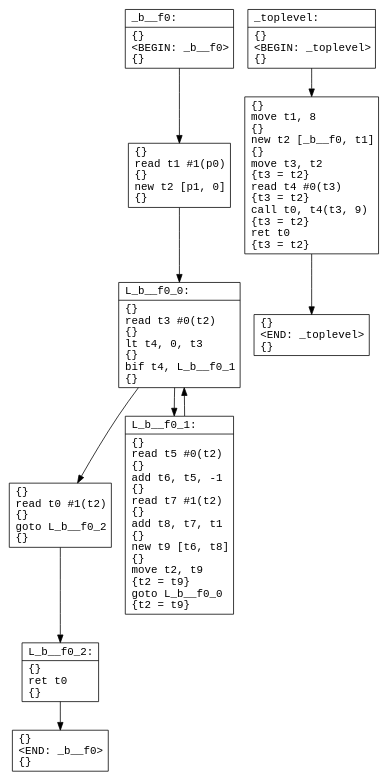
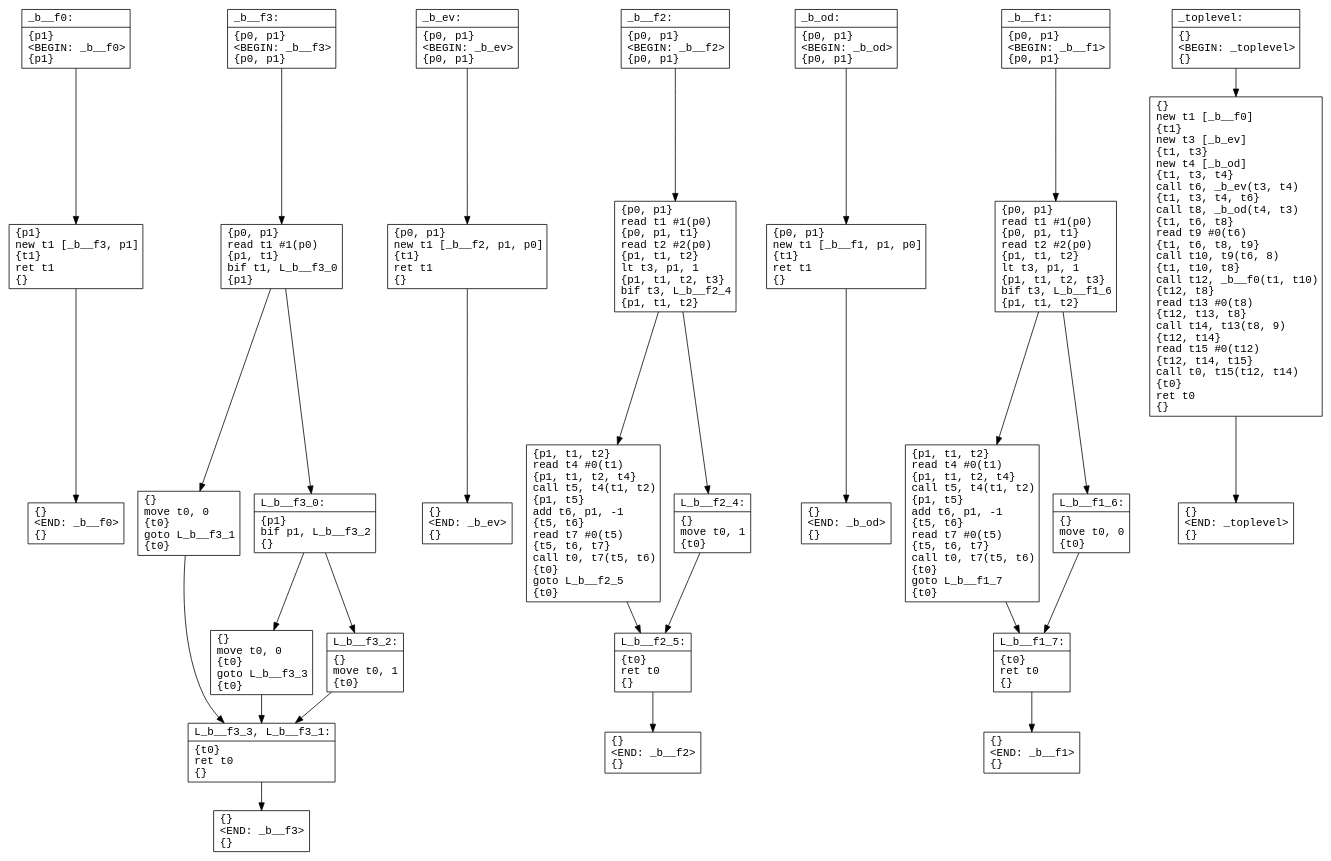
One commit to ore-puzzle/le4com changed the diagram in code/cfg_tmp.dot. Above: the diagram before and after it, drawn with Graphviz. The commit also changed 14 other files, not shown here.

```diff
--- a/code/cfg_tmp.dot
+++ b/code/cfg_tmp.dot
@@ -1,25 +1,77 @@
 digraph CFG {
   node [shape=record fontname="courier"]
-  _b__f00 [label="{_b__f0:\l|\{\}\l\<BEGIN: _b__f0\>\l\{\}\l}"];
-  _b__f01 [label="{\{\}\lread  t1 #1(p0)\l\{\}\lnew  t2 [p1, 0]\l\{\}\l}"];
-  _b__f02 [label="{L_b__f0_0:\l|\{\}\lread  t3 #0(t2)\l\{\}\llt  t4, 0, t3\l\{\}\lbif  t4, L_b__f0_1\l\{\}\l}"];
-  _b__f03 [label="{\{\}\lread  t0 #1(t2)\l\{\}\lgoto  L_b__f0_2\l\{\}\l}"];
-  _b__f04 [label="{L_b__f0_1:\l|\{\}\lread  t5 #0(t2)\l\{\}\ladd  t6, t5, -1\l\{\}\lread  t7 #1(t2)\l\{\}\ladd  t8, t7, t1\l\{\}\lnew  t9 [t6, t8]\l\{\}\lmove  t2, t9\l\{t2 = t9\}\lgoto  L_b__f0_0\l\{t2 = t9\}\l}"];
-  _b__f05 [label="{L_b__f0_2:\l|\{\}\lret  t0\l\{\}\l}"];
-  _b__f06 [label="{\{\}\l\<END: _b__f0\>\l\{\}\l}"];
+  _b__f00 [label="{_b__f0:\l|\{p1\}\l\<BEGIN: _b__f0\>\l\{p1\}\l}"];
+  _b__f01 [label="{\{p1\}\lnew  t1 [_b__f3, p1]\l\{t1\}\lret  t1\l\{\}\l}"];
+  _b__f02 [label="{\{\}\l\<END: _b__f0\>\l\{\}\l}"];
 
   _b__f00 -> _b__f01
   _b__f01 -> _b__f02
-  _b__f02 -> _b__f04
-  _b__f02 -> _b__f03
-  _b__f03 -> _b__f05
-  _b__f04 -> _b__f02
-  _b__f05 -> _b__f06
+  
+  _b__f30 [label="{_b__f3:\l|\{p0, p1\}\l\<BEGIN: _b__f3\>\l\{p0, p1\}\l}"];
+  _b__f31 [label="{\{p0, p1\}\lread  t1 #1(p0)\l\{p1, t1\}\lbif  t1, L_b__f3_0\l\{p1\}\l}"];
+  _b__f32 [label="{\{\}\lmove  t0, 0\l\{t0\}\lgoto  L_b__f3_1\l\{t0\}\l}"];
+  _b__f33 [label="{L_b__f3_0:\l|\{p1\}\lbif  p1, L_b__f3_2\l\{\}\l}"];
+  _b__f34 [label="{\{\}\lmove  t0, 0\l\{t0\}\lgoto  L_b__f3_3\l\{t0\}\l}"];
+  _b__f35 [label="{L_b__f3_2:\l|\{\}\lmove  t0, 1\l\{t0\}\l}"];
+  _b__f36 [label="{L_b__f3_3, L_b__f3_1:\l|\{t0\}\lret  t0\l\{\}\l}"];
+  _b__f37 [label="{\{\}\l\<END: _b__f3\>\l\{\}\l}"];
+
+  _b__f30 -> _b__f31
+  _b__f31 -> _b__f33
+  _b__f31 -> _b__f32
+  _b__f32 -> _b__f36
+  _b__f33 -> _b__f35
+  _b__f33 -> _b__f34
+  _b__f34 -> _b__f36
+  _b__f35 -> _b__f36
+  _b__f36 -> _b__f37
+  
+  _b_ev0 [label="{_b_ev:\l|\{p0, p1\}\l\<BEGIN: _b_ev\>\l\{p0, p1\}\l}"];
+  _b_ev1 [label="{\{p0, p1\}\lnew  t1 [_b__f2, p1, p0]\l\{t1\}\lret  t1\l\{\}\l}"];
+  _b_ev2 [label="{\{\}\l\<END: _b_ev\>\l\{\}\l}"];
+
+  _b_ev0 -> _b_ev1
+  _b_ev1 -> _b_ev2
+  
+  _b__f20 [label="{_b__f2:\l|\{p0, p1\}\l\<BEGIN: _b__f2\>\l\{p0, p1\}\l}"];
+  _b__f21 [label="{\{p0, p1\}\lread  t1 #1(p0)\l\{p0, p1, t1\}\lread  t2 #2(p0)\l\{p1, t1, t2\}\llt  t3, p1, 1\l\{p1, t1, t2, t3\}\lbif  t3, L_b__f2_4\l\{p1, t1, t2\}\l}"];
+  _b__f22 [label="{\{p1, t1, t2\}\lread  t4 #0(t1)\l\{p1, t1, t2, t4\}\lcall  t5, t4(t1, t2)\l\{p1, t5\}\ladd  t6, p1, -1\l\{t5, t6\}\lread  t7 #0(t5)\l\{t5, t6, t7\}\lcall  t0, t7(t5, t6)\l\{t0\}\lgoto  L_b__f2_5\l\{t0\}\l}"];
+  _b__f23 [label="{L_b__f2_4:\l|\{\}\lmove  t0, 1\l\{t0\}\l}"];
+  _b__f24 [label="{L_b__f2_5:\l|\{t0\}\lret  t0\l\{\}\l}"];
+  _b__f25 [label="{\{\}\l\<END: _b__f2\>\l\{\}\l}"];
+
+  _b__f20 -> _b__f21
+  _b__f21 -> _b__f23
+  _b__f21 -> _b__f22
+  _b__f22 -> _b__f24
+  _b__f23 -> _b__f24
+  _b__f24 -> _b__f25
+  
+  _b_od0 [label="{_b_od:\l|\{p0, p1\}\l\<BEGIN: _b_od\>\l\{p0, p1\}\l}"];
+  _b_od1 [label="{\{p0, p1\}\lnew  t1 [_b__f1, p1, p0]\l\{t1\}\lret  t1\l\{\}\l}"];
+  _b_od2 [label="{\{\}\l\<END: _b_od\>\l\{\}\l}"];
+
+  _b_od0 -> _b_od1
+  _b_od1 -> _b_od2
+  
+  _b__f10 [label="{_b__f1:\l|\{p0, p1\}\l\<BEGIN: _b__f1\>\l\{p0, p1\}\l}"];
+  _b__f11 [label="{\{p0, p1\}\lread  t1 #1(p0)\l\{p0, p1, t1\}\lread  t2 #2(p0)\l\{p1, t1, t2\}\llt  t3, p1, 1\l\{p1, t1, t2, t3\}\lbif  t3, L_b__f1_6\l\{p1, t1, t2\}\l}"];
+  _b__f12 [label="{\{p1, t1, t2\}\lread  t4 #0(t1)\l\{p1, t1, t2, t4\}\lcall  t5, t4(t1, t2)\l\{p1, t5\}\ladd  t6, p1, -1\l\{t5, t6\}\lread  t7 #0(t5)\l\{t5, t6, t7\}\lcall  t0, t7(t5, t6)\l\{t0\}\lgoto  L_b__f1_7\l\{t0\}\l}"];
+  _b__f13 [label="{L_b__f1_6:\l|\{\}\lmove  t0, 0\l\{t0\}\l}"];
+  _b__f14 [label="{L_b__f1_7:\l|\{t0\}\lret  t0\l\{\}\l}"];
+  _b__f15 [label="{\{\}\l\<END: _b__f1\>\l\{\}\l}"];
+
+  _b__f10 -> _b__f11
+  _b__f11 -> _b__f13
+  _b__f11 -> _b__f12
+  _b__f12 -> _b__f14
+  _b__f13 -> _b__f14
+  _b__f14 -> _b__f15
   
   _toplevel0 [label="{_toplevel:\l|\{\}\l\<BEGIN: _toplevel\>\l\{\}\l}"];
-  _toplevel1 [label="{\{\}\lmove  t1, 8\l\{\}\lnew  t2 [_b__f0, t1]\l\{\}\lmove  t3, t2\l\{t3 = t2\}\lread  t4 #0(t3)\l\{t3 = t2\}\lcall  t0, t4(t3, 9)\l\{t3 = t2\}\lret  t0\l\{t3 = t2\}\l}"];
+  _toplevel1 [label="{\{\}\lnew  t1 [_b__f0]\l\{t1\}\lnew  t3 [_b_ev]\l\{t1, t3\}\lnew  t4 [_b_od]\l\{t1, t3, t4\}\lcall  t6, _b_ev(t3, t4)\l\{t1, t3, t4, t6\}\lcall  t8, _b_od(t4, t3)\l\{t1, t6, t8\}\lread  t9 #0(t6)\l\{t1, t6, t8, t9\}\lcall  t10, t9(t6, 8)\l\{t1, t10, t8\}\lcall  t12, _b__f0(t1, t10)\l\{t12, t8\}\lread  t13 #0(t8)\l\{t12, t13, t8\}\lcall  t14, t13(t8, 9)\l\{t12, t14\}\lread  t15 #0(t12)\l\{t12, t14, t15\}\lcall  t0, t15(t12, t14)\l\{t0\}\lret  t0\l\{\}\l}"];
   _toplevel2 [label="{\{\}\l\<END: _toplevel\>\l\{\}\l}"];
 
   _toplevel0 -> _toplevel1
   _toplevel1 -> _toplevel2
   }
```
